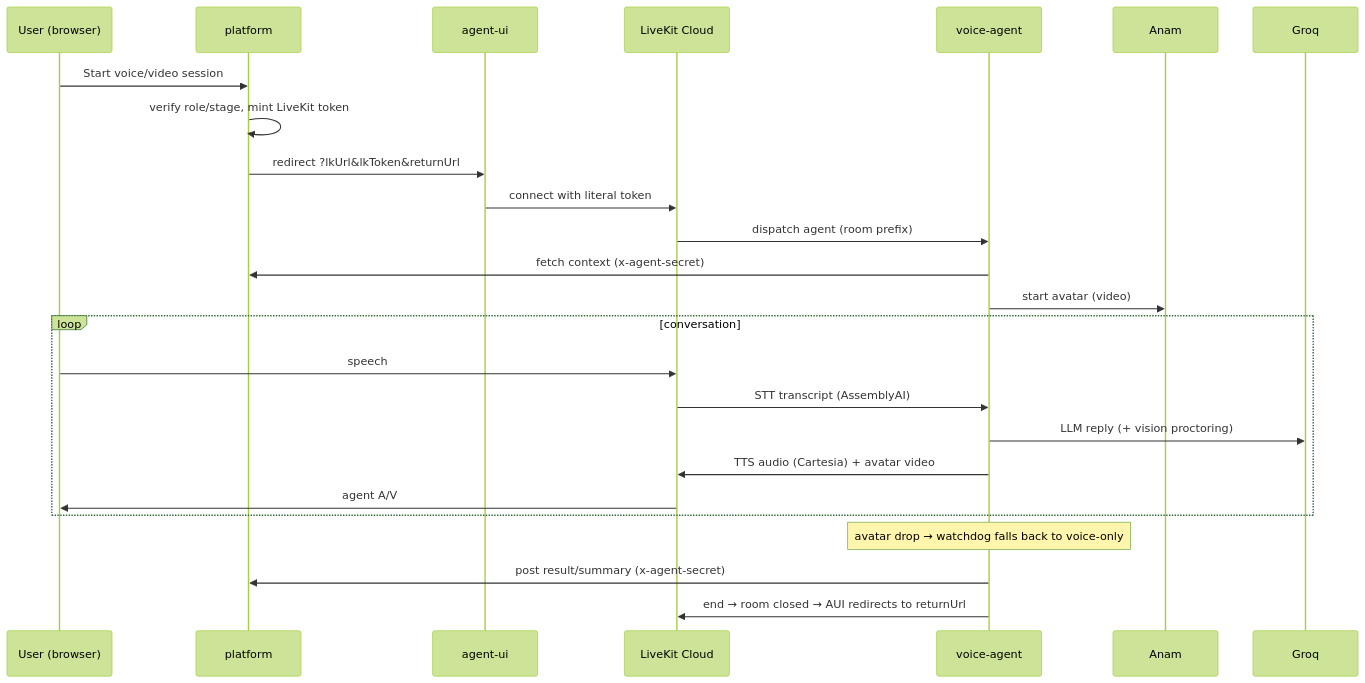
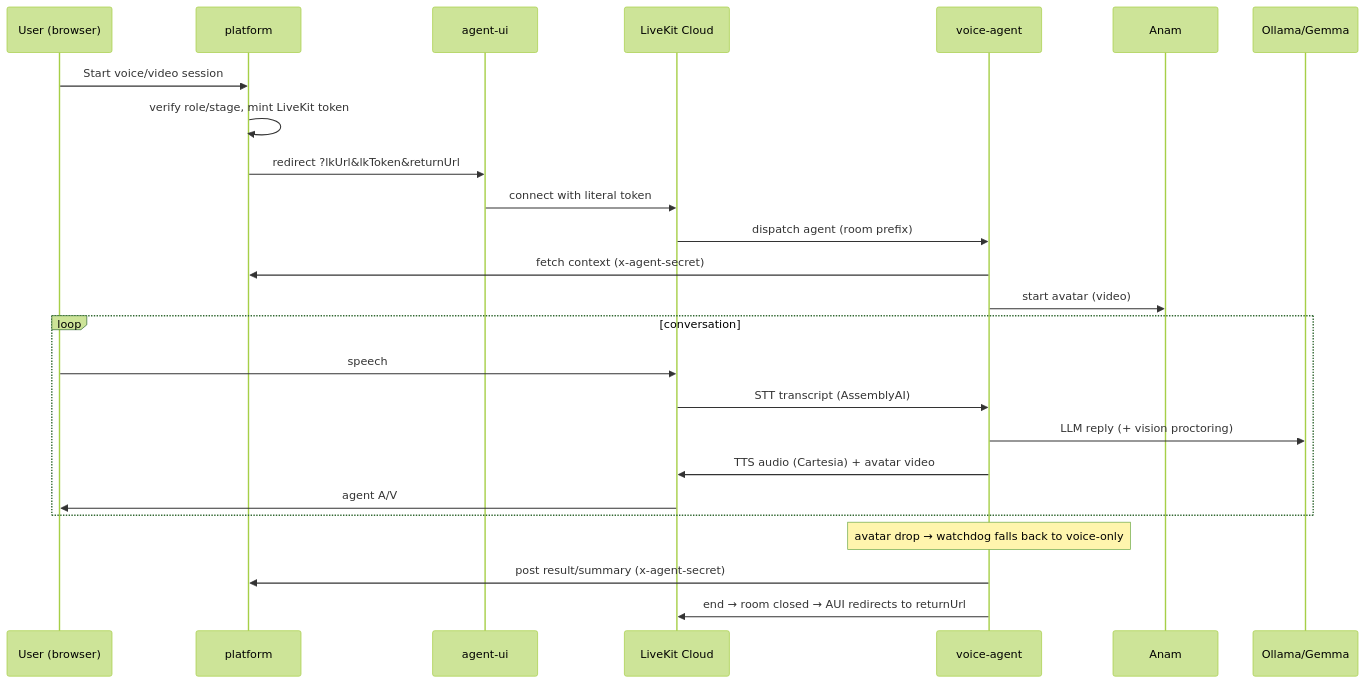
The third of 6 diagrams in a.md (Git0Chetan/Qore_AI_1), drawn with Mermaid (forest theme) before and after one commit. The commit also changed other lines of this file, not shown here.

Commit message:
Replace Groq with Ollama/Gemma in documentation

````diff
--- a/a.md
+++ b/a.md
@@ -131,28 +131,28 @@
 ```mermaid
 sequenceDiagram
   participant U as User (browser)
   participant PF as platform
   participant AUI as agent-ui
   participant LK as LiveKit Cloud
   participant VA as voice-agent
   participant ANAM as Anam
-  participant G as Groq
+  participant G as Ollama/Gemma
 
   U->>PF: Start voice/video session
   PF->>PF: verify role/stage, mint LiveKit token
   PF->>AUI: redirect ?lkUrl&lkToken&returnUrl
   AUI->>LK: connect with literal token
   LK->>VA: dispatch agent (room prefix)
   VA->>PF: fetch context (x-agent-secret)
   VA->>ANAM: start avatar (video)
   loop conversation
     U->>LK: speech
     LK->>VA: STT transcript (AssemblyAI)
     VA->>G: LLM reply (+ vision proctoring)
     VA->>LK: TTS audio (Cartesia) + avatar video
     LK->>U: agent A/V
   end
   Note over VA: avatar drop → watchdog falls back to voice-only
   VA->>PF: post result/summary (x-agent-secret)
   VA->>LK: end → room closed → AUI redirects to returnUrl
 ```
````
